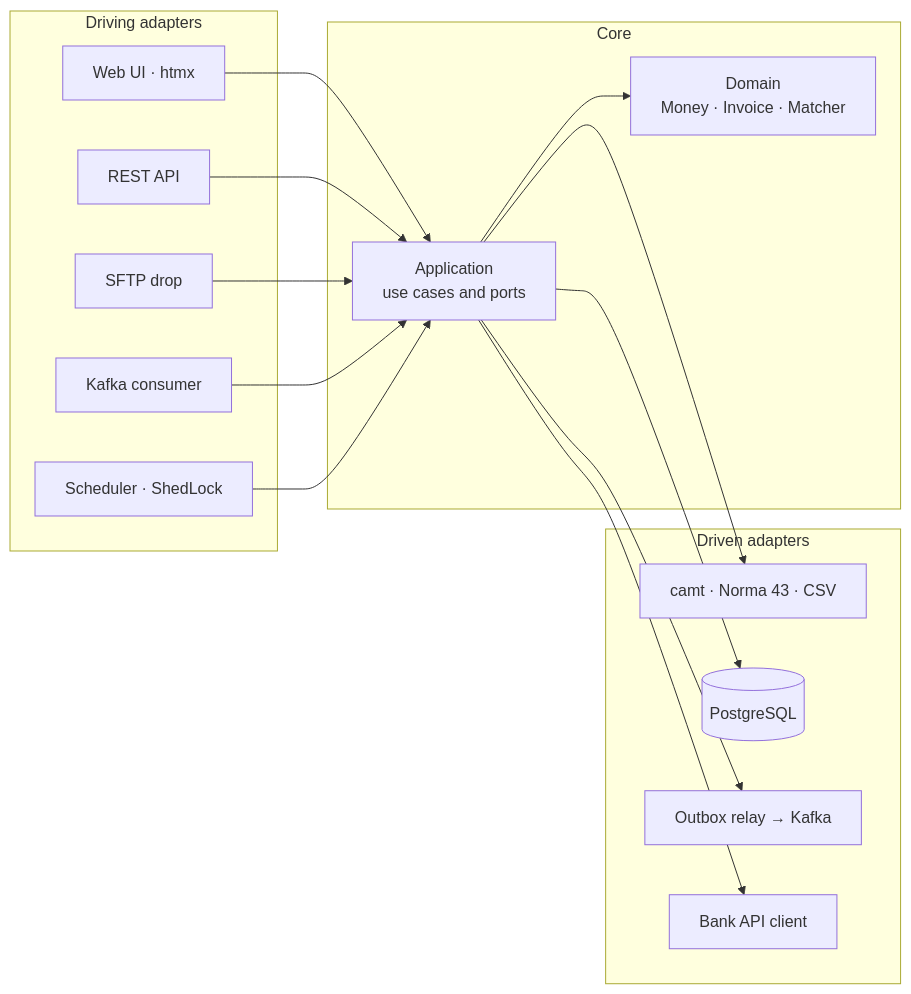
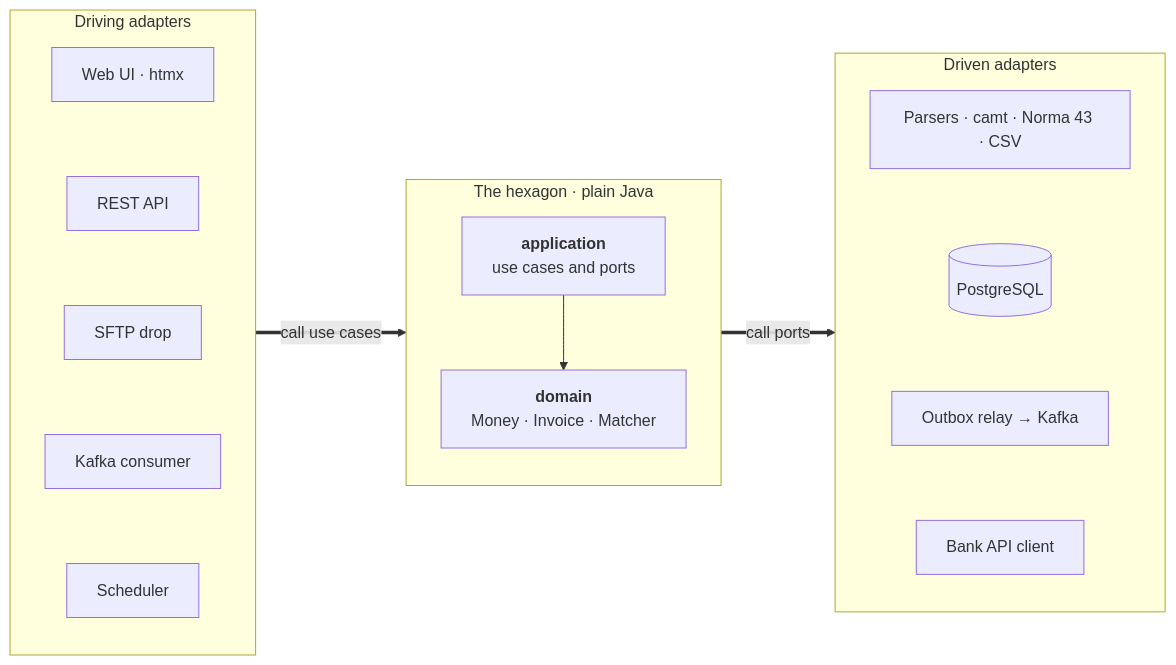
The first of 2 diagrams in README.md (bakaruu/Abgleich), drawn with Mermaid before and after one commit. The commit also changed other lines of this file, not shown here.

Commit message:
docs: redraw the architecture diagrams so they actually read

````diff
--- a/README.md
+++ b/README.md
@@ -67,23 +70,20 @@
 ```mermaid
 flowchart LR
-    subgraph in[Driving adapters]
-        web[Web UI · htmx]
-        rest[REST API]
-        sftp[SFTP drop]
-        kin[Kafka consumer]
-        sched[Scheduler · ShedLock]
+    subgraph in["Driving adapters"]
+        direction TB
+        web["Web UI · htmx"] ~~~ rest["REST API"] ~~~ sftp["SFTP drop"] ~~~ kin["Kafka consumer"] ~~~ sched["Scheduler"]
     end
-    subgraph core[Core]
-        app[Application<br/>use cases and ports]
-        domain[Domain<br/>Money · Invoice · Matcher]
+
+    subgraph core["The hexagon · plain Java"]
+        direction TB
+        app["<b>application</b><br/>use cases and ports"] --> dom["<b>domain</b><br/>Money · Invoice · Matcher"]
     end
-    subgraph out[Driven adapters]
-        parsers[camt · Norma 43 · CSV]
-        pg[(PostgreSQL)]
-        kout[Outbox relay → Kafka]
-        bank[Bank API client]
+
+    subgraph out["Driven adapters"]
+        direction TB
+        parse["Parsers · camt · Norma 43 · CSV"] ~~~ pg[("PostgreSQL")] ~~~ kout["Outbox relay → Kafka"] ~~~ bank["Bank API client"]
     end
-    web & rest & sftp & kin & sched --> app
-    app --> domain
-    app --> parsers & pg & kout & bank
+
+    in ==>|"call use cases"| core
+    core ==>|"call ports"| out
 ```
````
